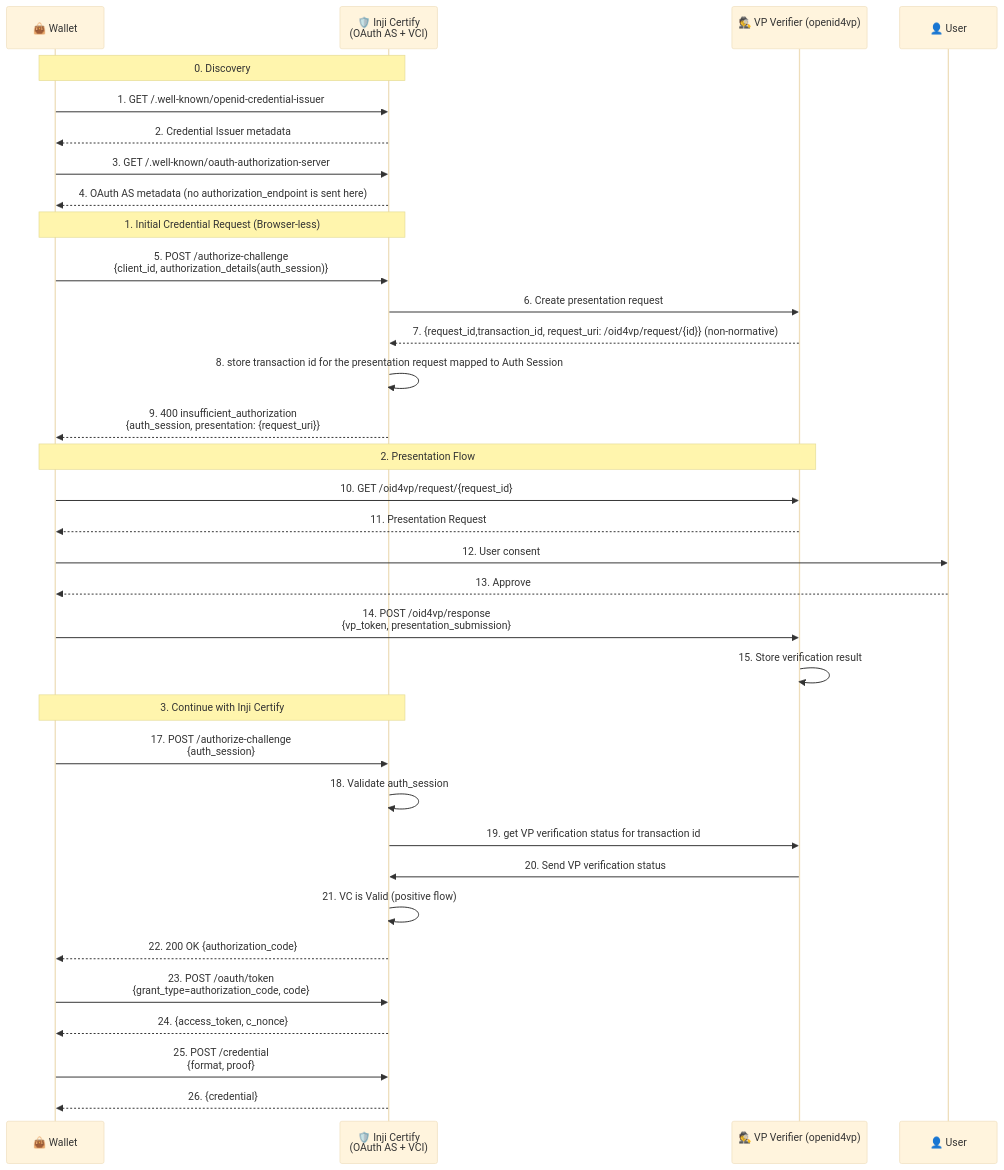
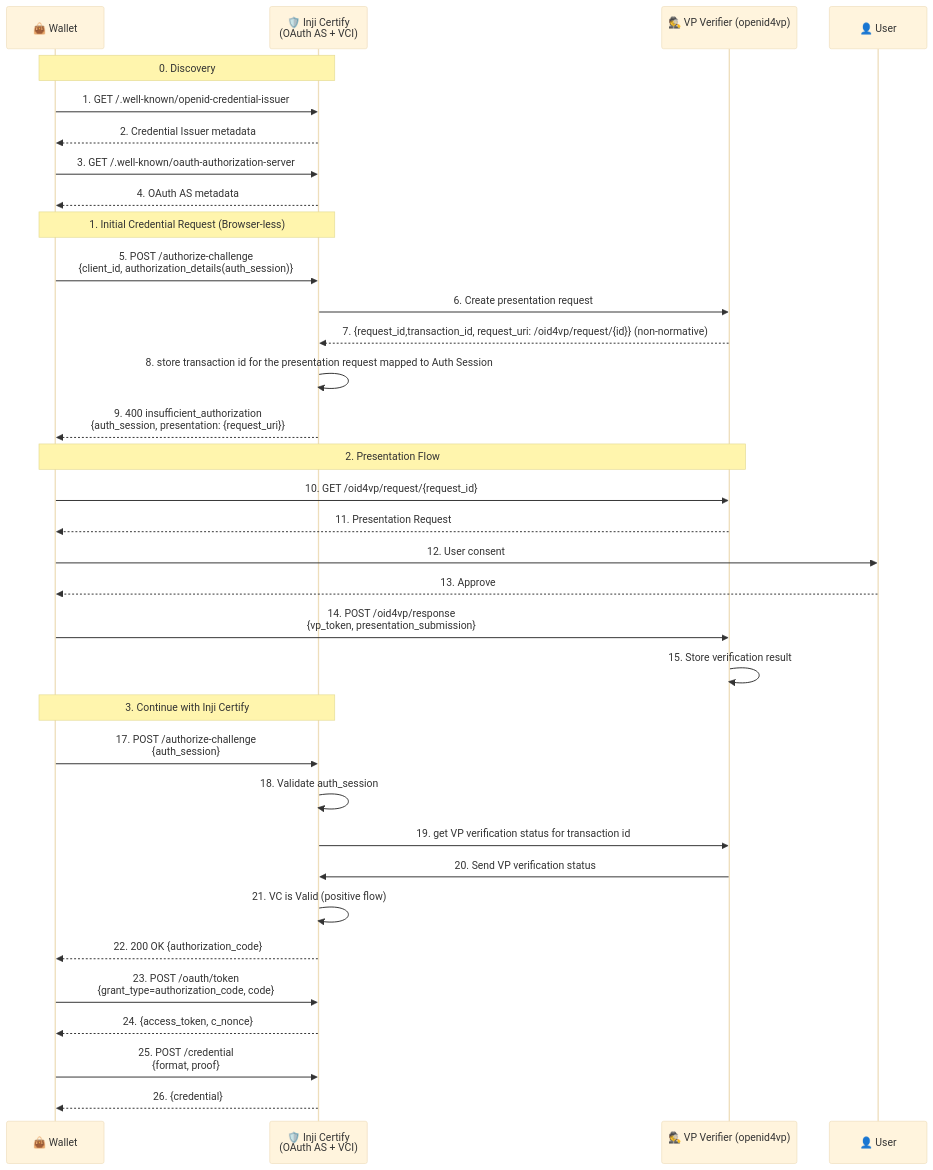
One commit to mosip/inji-certify changed the diagram in docs/Presentation-During-Issuance.md. Above: the diagram before and after it, drawn with Mermaid (base theme). The commit also changed other lines of this file, not shown here.

Commit message:
Review comments fix

````diff
--- a/docs/Presentation-During-Issuance.md
+++ b/docs/Presentation-During-Issuance.md
@@ -27,43 +27,43 @@
 ```mermaid
 sequenceDiagram
     participant W as 👜 Wallet
     participant IC as 🛡️ Inji Certify<br/>(OAuth AS + VCI)
     participant IVP as 🕵️ VP Verifier (openid4vp)<br/>
     participant U as 👤 User
 
     Note over W,IC: 0. Discovery
     W->>IC: 1. GET /.well-known/openid-credential-issuer
     IC-->>W: 2. Credential Issuer metadata
     W->>IC: 3. GET /.well-known/oauth-authorization-server
-    IC-->>W: 4. OAuth AS metadata (no authorization_endpoint is sent here)
+    IC-->>W: 4. OAuth AS metadata 
     
     Note over W,IC: 1. Initial Credential Request (Browser-less)
     W->>IC: 5. POST /authorize-challenge<br/>{client_id, authorization_details(auth_session)}
     IC->>IVP: 6. Create presentation request
     IVP-->>IC: 7. {request_id,transaction_id, request_uri: /oid4vp/request/{id}} (non-normative)
     IC->>IC: 8. store transaction id for the presentation request mapped to Auth Session
     IC-->>W: 9. 400 insufficient_authorization<br/>{auth_session, presentation: {request_uri}}
     
     Note over W,IVP: 2. Presentation Flow
     W->>IVP: 10. GET /oid4vp/request/{request_id}
     IVP-->>W: 11. Presentation Request
     W->>U: 12. User consent
     U-->>W: 13. Approve
     W->>IVP: 14. POST /oid4vp/response<br/>{vp_token, presentation_submission}
     IVP->>IVP: 15. Store verification result
     
     
     Note over W,IC: 3. Continue with Inji Certify
     W->>IC: 17. POST /authorize-challenge<br/>{auth_session}
     IC->>IC: 18. Validate auth_session 
     IC->>IVP: 19. get VP verification status for transaction id
     IVP->>IC: 20. Send VP verification status
     IC->>IC: 21. VC is Valid (positive flow)
     IC-->>W: 22. 200 OK {authorization_code}
     
     W->>IC: 23. POST /oauth/token<br/>{grant_type=authorization_code, code}
     IC-->>W: 24. {access_token, c_nonce}
     
     W->>IC: 25. POST /credential<br/>{format, proof}
     IC-->>W: 26. {credential}
 ```
````
